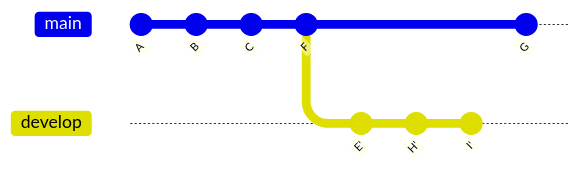
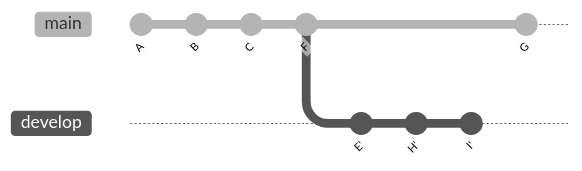
One commit to leocencetti/Notes changed the second of 4 diagrams in Coding/Git.md. Above: the diagram before and after it, drawn with Mermaid. The commit also changed other lines of this file, not shown here.

````diff
--- a/Coding/Git.md
+++ b/Coding/Git.md
@@ -32,13 +29,14 @@
 ```mermaid
+%%{init: {'theme': 'neutral' } }%%
 gitGraph
    commit id: "A"
    commit id: "B"
    commit id: "C"
    commit id: "F"
    branch develop
    commit id: "E'"
    commit id: "H'"
    commit id: "I'"
    checkout main
    commit id: "G"
 ```
````
